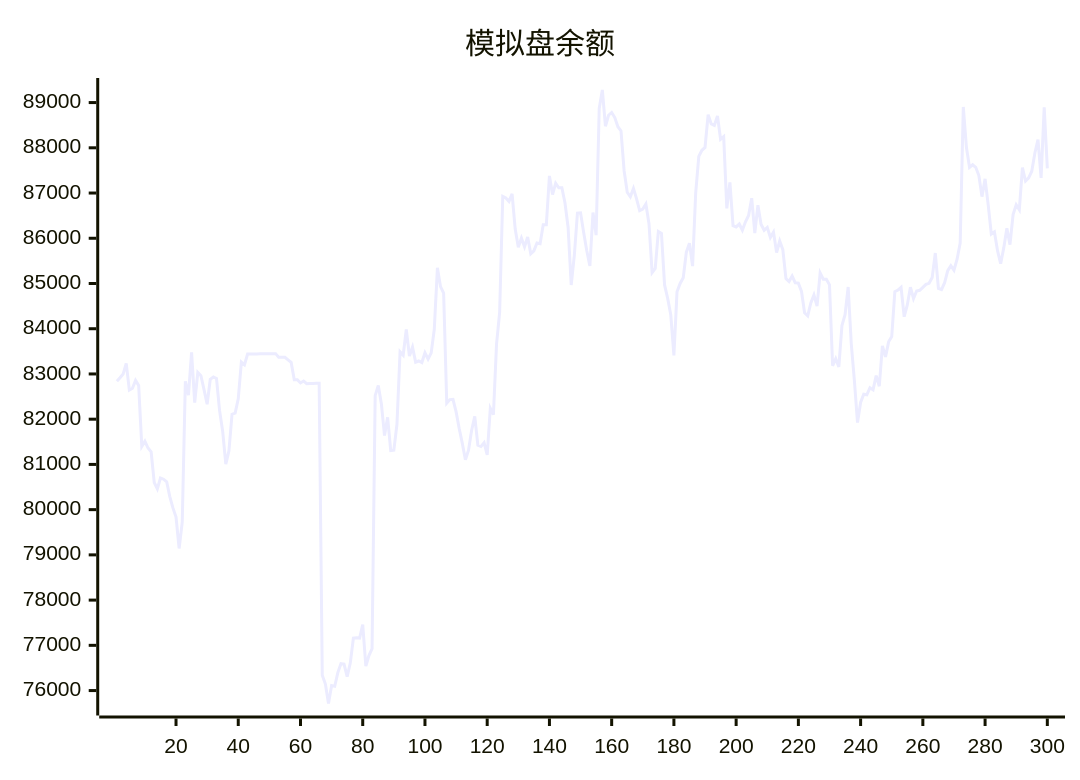
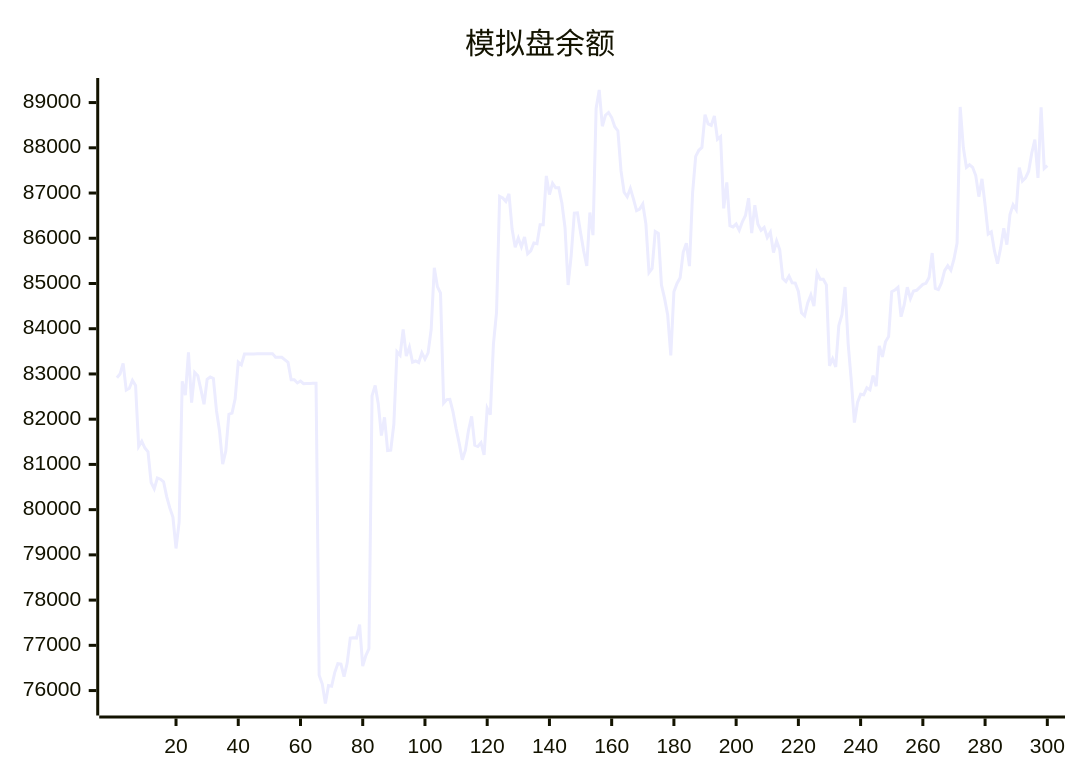
Before and after one commit to aahl/ai-trading: the diagram in README.md, drawn with Mermaid. The commit also changed other lines of this file and 1 other file, not shown here.

````diff
--- a/README.md
+++ b/README.md
@@ -5,5 +5,5 @@
 ```mermaid
 xychart
     title "模拟盘余额"
-    line [82838,82915,82998,83235,82642,82682,82858,82746,81396,81512,81362,81277,80600,80461,80699,80673,80616,80288,80038,79836,79142,79722,82837,82533,83480,82366,83032,82960,82654,82330,82883,82934,82901,82188,81728,81005,81298,82110,82135,82449,83264,83203,83440,83439,83440,83440,83446,83447,83448,83447,83448,83449,83369,83369,83369,83313,83256,82872,82873,82801,82844,82785,82791,82791,82793,82794,76339,76145,75714,76110,76096,76397,76594,76585,76310,76607,77160,77170,77160,77456,76541,76774,76927,82520,82744,82337,81639,82040,81307,81314,81887,83490,83414,83984,83396,83594,83261,83287,83253,83470,83327,83465,83987,85348,84930,84786,82355,82433,82438,82167,81795,81466,81105,81315,81756,82064,81426,81398,81481,81210,82242,82099,83658,84359,86925,86892,86814,86980,86203,85802,86003,85811,86028,85657,85721,85896,85880,86300,86299,87378,86965,87214,87115,87118,86780,86238,84966,85623,86555,86562,86129,85722,85387,86569,86070,88870,89278,88477,88720,88781,88668,88467,88372,87493,87018,86917,87102,86870,86613,86644,86758,86317,85242,85334,86149,86106,84968,84671,84302,83410,84816,85001,85127,85693,85891,85384,87001,87811,87945,88007,88734,88528,88495,88705,88189,88248,86662,87234,86279,86251,86314,86177,86364,86503,86886,86114,86731,86310,86176,86240,86017,86136,85685,85938,85749,85111,85044,85164,85016,85008,84824,84354,84287,84572,84745,84500,85234,85096,85095,84970,83180,83338,83157,84070,84309,84922,83667,82850,81924,82369,82552,82539,82695,82648,82962,82728,83619,83378,83710,83825,84819,84854,84917,84265,84527,84919,84668,84834,84850,84916,84981,85004,85131,85674,84891,84864,85019,85284,85393,85294,85538,85894,88904,88012,87567,87625,87568,87386,86920,87313,86737,86094,86143,85725,85437,85787,86219,85859,86526,86740,86630,87563,87264,87335,87483,87886,88180,87335,88894,87544]
+    line [82915,82998,83235,82642,82682,82858,82746,81396,81512,81362,81277,80600,80461,80699,80673,80616,80288,80038,79836,79142,79722,82837,82533,83480,82366,83032,82960,82654,82330,82883,82934,82901,82188,81728,81005,81298,82110,82135,82449,83264,83203,83440,83439,83440,83440,83446,83447,83448,83447,83448,83449,83369,83369,83369,83313,83256,82872,82873,82801,82844,82785,82791,82791,82793,82794,76339,76145,75714,76110,76096,76397,76594,76585,76310,76607,77160,77170,77160,77456,76541,76774,76927,82520,82744,82337,81639,82040,81307,81314,81887,83490,83414,83984,83396,83594,83261,83287,83253,83470,83327,83465,83987,85348,84930,84786,82355,82433,82438,82167,81795,81466,81105,81315,81756,82064,81426,81398,81481,81210,82242,82099,83658,84359,86925,86892,86814,86980,86203,85802,86003,85811,86028,85657,85721,85896,85880,86300,86299,87378,86965,87214,87115,87118,86780,86238,84966,85623,86555,86562,86129,85722,85387,86569,86070,88870,89278,88477,88720,88781,88668,88467,88372,87493,87018,86917,87102,86870,86613,86644,86758,86317,85242,85334,86149,86106,84968,84671,84302,83410,84816,85001,85127,85693,85891,85384,87001,87811,87945,88007,88734,88528,88495,88705,88189,88248,86662,87234,86279,86251,86314,86177,86364,86503,86886,86114,86731,86310,86176,86240,86017,86136,85685,85938,85749,85111,85044,85164,85016,85008,84824,84354,84287,84572,84745,84500,85234,85096,85095,84970,83180,83338,83157,84070,84309,84922,83667,82850,81924,82369,82552,82539,82695,82648,82962,82728,83619,83378,83710,83825,84819,84854,84917,84265,84527,84919,84668,84834,84850,84916,84981,85004,85131,85674,84891,84864,85019,85284,85393,85294,85538,85894,88904,88012,87567,87625,87568,87386,86920,87313,86737,86094,86143,85725,85437,85787,86219,85859,86526,86740,86630,87563,87264,87335,87483,87886,88180,87335,88894,87544,87608]
 ```
````
